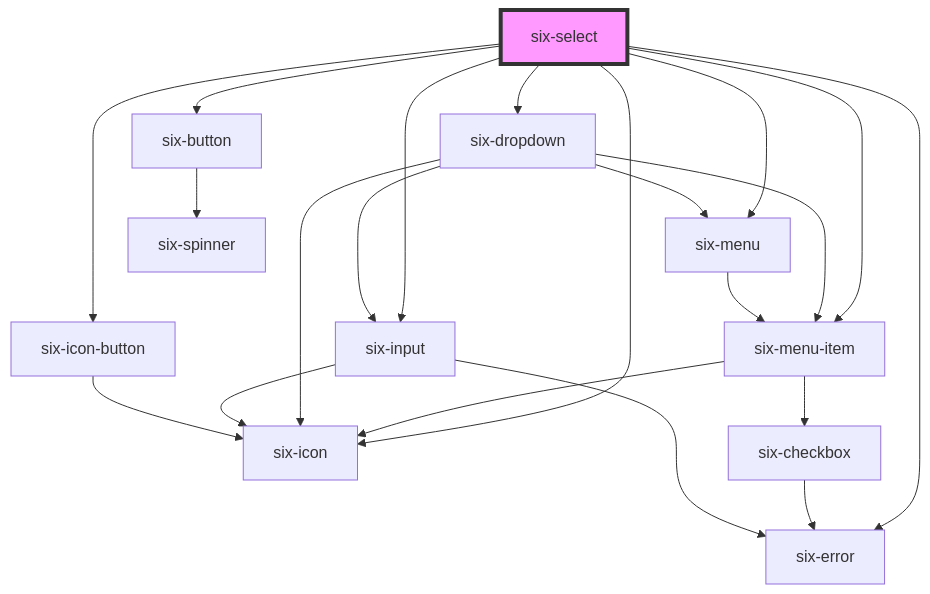
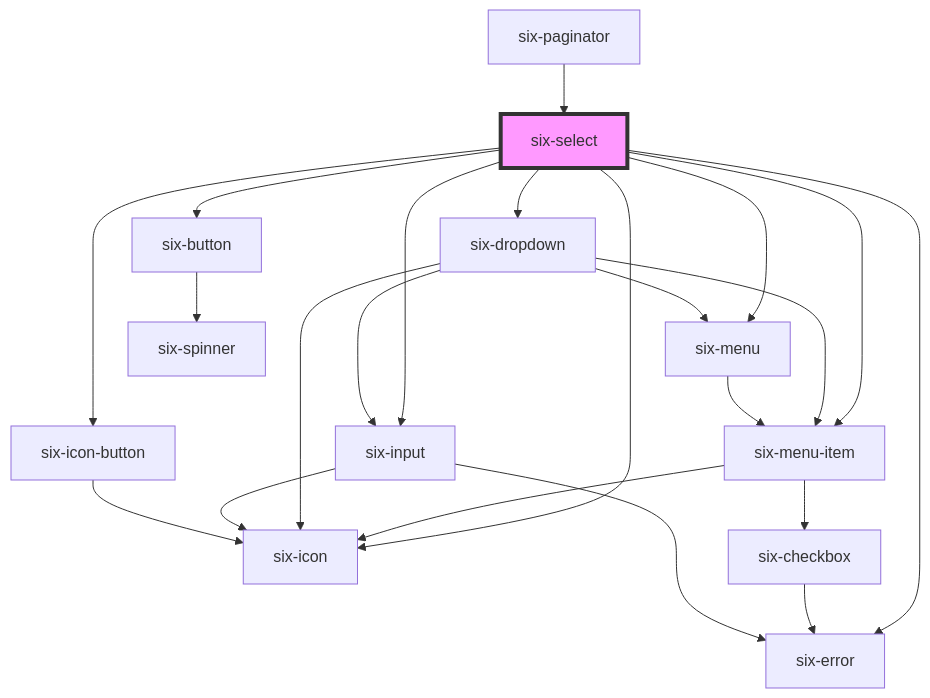
One commit to six-group/six-webcomponents changed the diagram in libraries/ui-library/src/components/six-select/readme.md. Above: the diagram before and after it, drawn with Mermaid. The commit also changed other lines of this file and 15 other files, not shown here.

````diff
--- a/libraries/ui-library/src/components/six-select/readme.md
+++ b/libraries/ui-library/src/components/six-select/readme.md
@@ -107,24 +111,25 @@
 ```mermaid
 graph TD;
   six-select --> six-menu-item
   six-select --> six-dropdown
   six-select --> six-icon-button
   six-select --> six-icon
   six-select --> six-input
   six-select --> six-menu
   six-select --> six-button
   six-select --> six-error
   six-menu-item --> six-checkbox
   six-menu-item --> six-icon
   six-checkbox --> six-error
   six-dropdown --> six-menu-item
   six-dropdown --> six-input
   six-dropdown --> six-icon
   six-dropdown --> six-menu
   six-input --> six-icon
   six-input --> six-error
   six-menu --> six-menu-item
   six-icon-button --> six-icon
   six-button --> six-spinner
+  six-paginator --> six-select
   style six-select fill:#f9f,stroke:#333,stroke-width:4px
 ```
````
